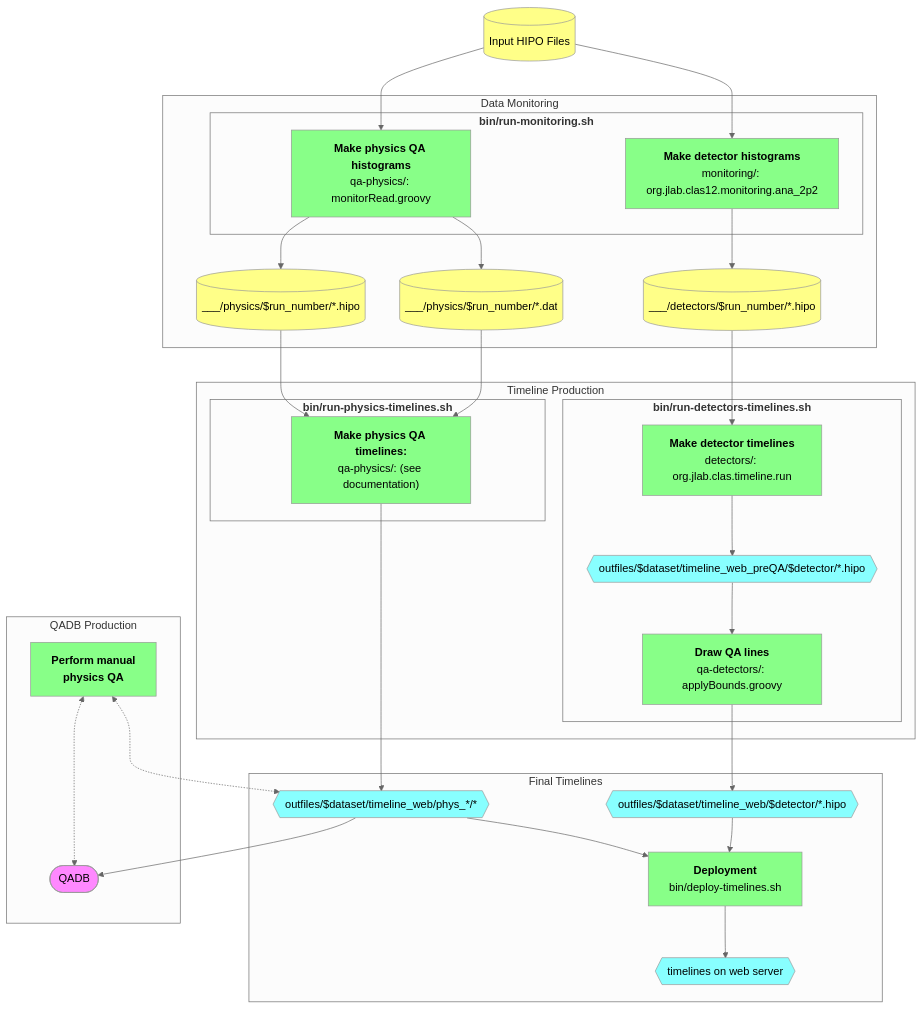
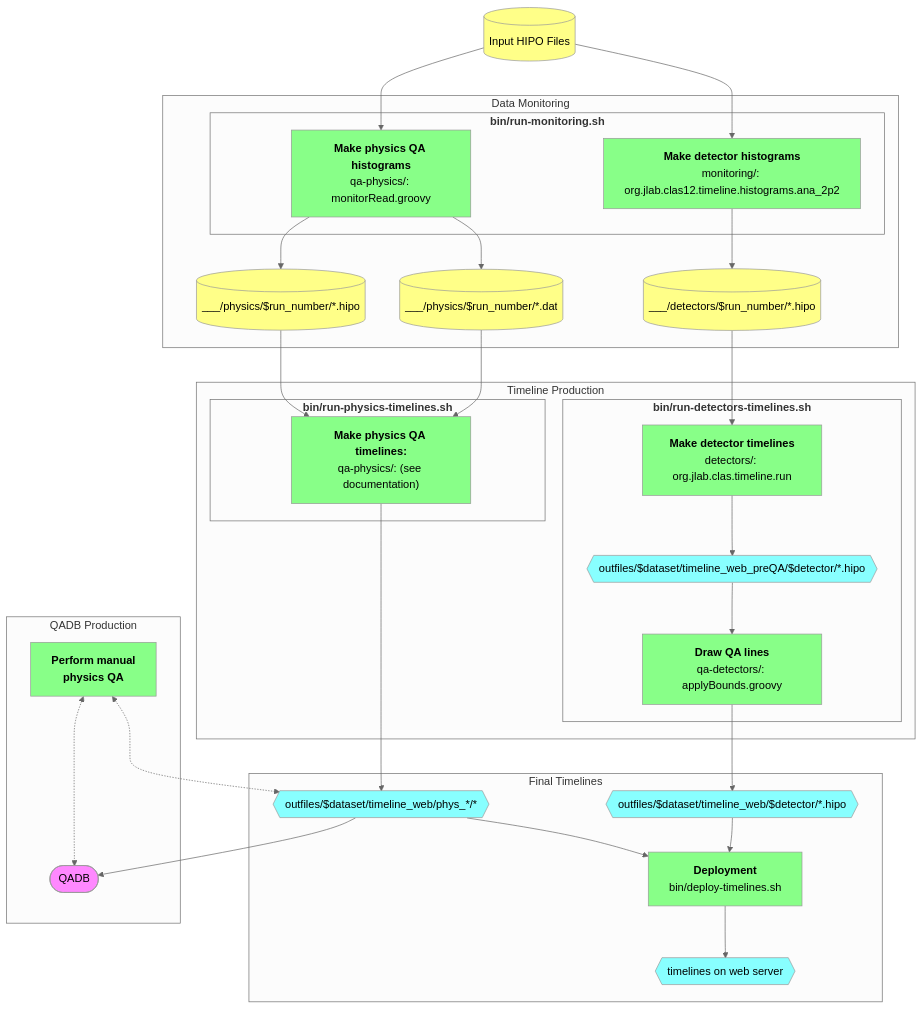
The diagram in doc/dev_notes.md (JeffersonLab/clas12-timeline), drawn with Mermaid (neutral theme) before and after one commit. The commit also changed 345 other files, not shown here.

````diff
--- a/doc/dev_notes.md
+++ b/doc/dev_notes.md
@@ -4,57 +4,57 @@
 ```mermaid
 flowchart TB
 
     classDef proc     fill:#8f8,color:black
     classDef data     fill:#ff8,color:black
     classDef misc     fill:#f8f,color:black
     classDef timeline fill:#8ff,color:black
 
     dst[(Input HIPO Files)]:::data
 
     subgraph Data Monitoring
         subgraph "<strong>bin/run-monitoring.sh</strong>"
-            monitorDetectors["<strong>Make detector histograms</strong><br/>monitoring/: org.jlab.clas12.monitoring.ana_2p2"]:::proc
+            monitorDetectors["<strong>Make detector histograms</strong><br/>monitoring/: org.jlab.clas12.timeline.histograms.ana_2p2"]:::proc
             monitorPhysics["<strong>Make physics QA histograms</strong><br/>qa-physics/: monitorRead.groovy"]:::proc
         end
         outplots[(___/detectors/$run_number/*.hipo)]:::data
         outdat[(___/physics/$run_number/*.dat)]:::data
         outmon[(___/physics/$run_number/*.hipo)]:::data
     end
     dst --> monitorDetectors
     dst --> monitorPhysics
     monitorDetectors --> outplots
     monitorPhysics   --> outdat
     monitorPhysics   --> outmon
 
     subgraph Timeline Production
         subgraph "<strong>bin/run-detectors-timelines.sh</strong>"
             timelineDetectorsPreQA["<strong>Make detector timelines</strong><br/>detectors/: org.jlab.clas.timeline.run"]:::proc
             outTimelineDetectorsPreQA{{outfiles/$dataset/timeline_web_preQA/$detector/*.hipo}}:::timeline
             timelineDetectors["<strong>Draw QA lines</strong><br/>qa-detectors/: applyBounds.groovy"]:::proc
         end
         subgraph "<strong>bin/run-physics-timelines.sh</strong>"
             timelinePhysics["<strong>Make physics QA timelines:</strong><br/>qa-physics/: (see documentation)"]:::proc
         end
     end
     subgraph Final Timelines
         outTimelinePhysics{{outfiles/$dataset/timeline_web/phys_*/*}}:::timeline
         outTimelineDetectors{{outfiles/$dataset/timeline_web/$detector/*.hipo}}:::timeline
         deploy["<strong>Deployment</strong><br/>bin/deploy-timelines.sh"]:::proc
         timelineDir{{timelines on web server}}:::timeline
     end
     outplots --> timelineDetectorsPreQA --> outTimelineDetectorsPreQA --> timelineDetectors --> outTimelineDetectors
     outdat   --> timelinePhysics
     outmon   --> timelinePhysics
     timelinePhysics --> outTimelinePhysics
     outTimelineDetectors --> deploy
     outTimelinePhysics   --> deploy
     deploy --> timelineDir
 
     subgraph QADB Production
         qadb([QADB]):::misc
         manualQA[<strong>Perform manual<br/>physics QA</strong>]:::proc
     end
     outTimelinePhysics   --> qadb
     manualQA <-.-> outTimelinePhysics
     manualQA <-.-> qadb
 ```
````
